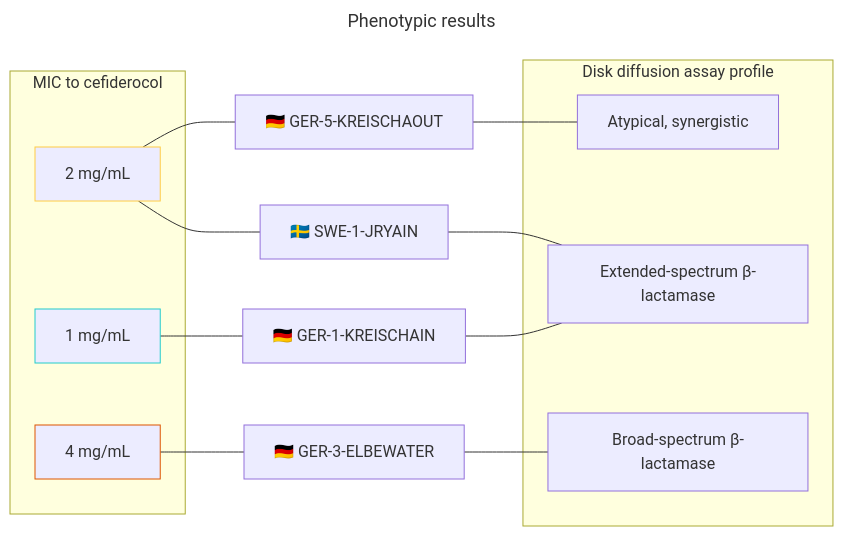
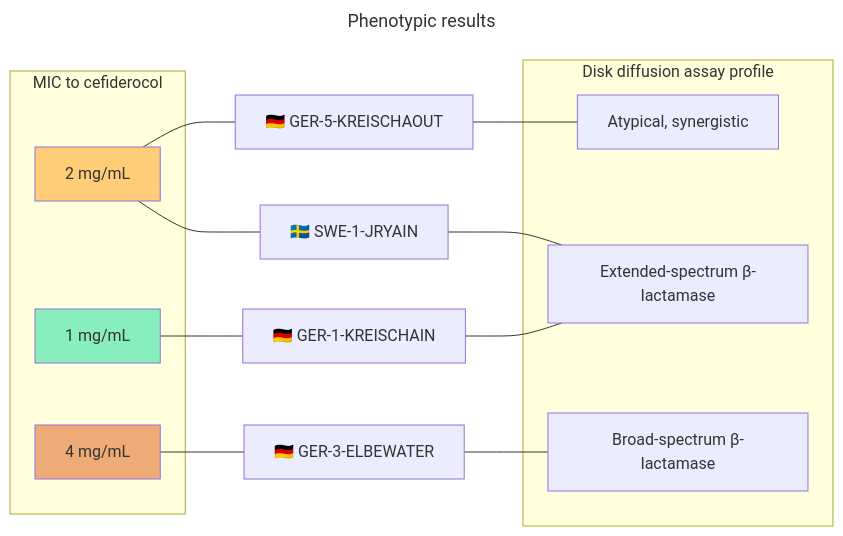
One commit to RemiGSC/Mgf_FDC changed the second of 2 diagrams in README.md. Above: the diagram before and after it, drawn with Mermaid.

````diff
--- a/README.md
+++ b/README.md
@@ -45,27 +45,27 @@
 ```mermaid
 ---
 title: Phenotypic results
 ---
 flowchart LR
 		subgraph DDA [Disk diffusion assay profile]
 			ESBL[Extended-spectrum β-lactamase]
 			Broad-spectrum[Broad-spectrum β-lactamase]
 			Atyp[Atypical, synergistic]
 		end
 
 		subgraph MIC [MIC to cefiderocol]
 			Two[2 mg/mL]
 			One[1 mg/mL]
 			Four[4 mg/mL]
 		end
 
 Two[2 mg/mL] --- C1[🇸🇪 SWE-1-JRYAIN] --- ESBL[Extended-spectrum β-lactamase]
 One[1 mg/mL] --- C3a[🇩🇪 GER-1-KREISCHAIN] --- ESBL
 Four[4 mg/mL] --- C3b[🇩🇪 GER-3-ELBEWATER] --- Broad-spectrum[Broad-spectrum β-lactamase]
 Two ---C3c[🇩🇪 GER-5-KREISCHAOUT] --- Atyp[Atypical, synergistic]
 
-style One stroke:#2cc
-style Two stroke:#fc4
-style Four stroke:#d50
+style One fill:#8eb
+style Two fill:#fc7
+style Four fill:#ea7
 
 ```
````
